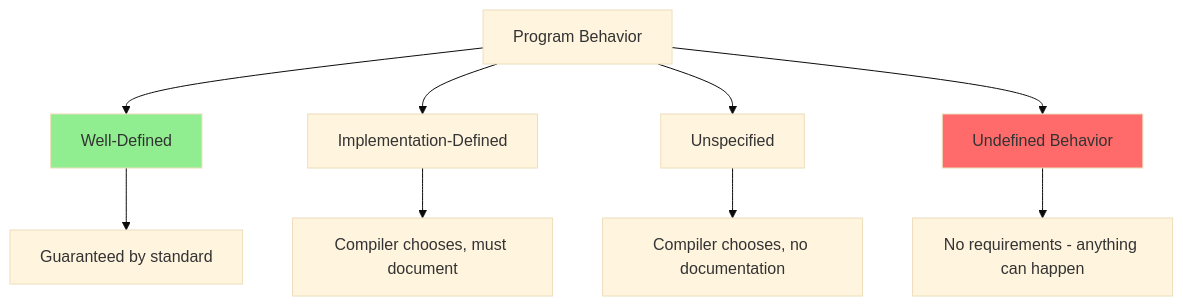
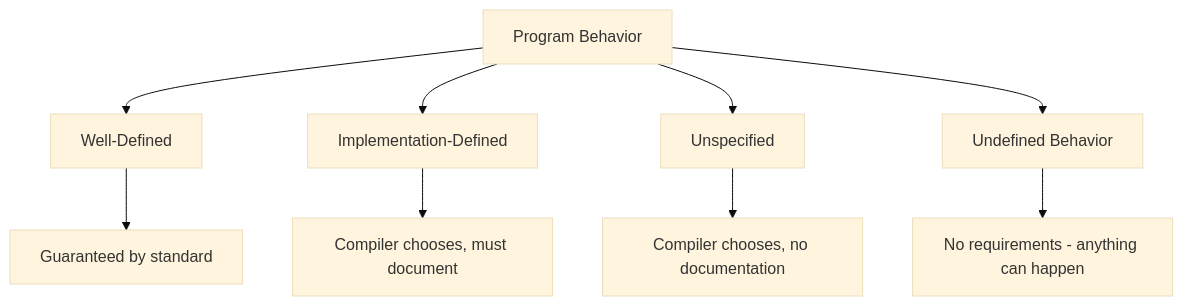
Before and after one commit to AndriiSonsiadlo/knowledge-base: the diagram in docs/programming/cpp/10-error-handling-and-safety/06-undefined-behavior.md, drawn with Mermaid (base theme). The commit also changed 6 other files, not shown here.

Commit message:
style (C++): drop hardcoded mermaid fills in stdlib, concurrency and idioms

````diff
--- a/docs/programming/cpp/10-error-handling-and-safety/06-undefined-behavior.md
+++ b/docs/programming/cpp/10-error-handling-and-safety/06-undefined-behavior.md
@@ -14,15 +14,13 @@
 ```mermaid
 graph TD
     A[Program Behavior] --> B[Well-Defined]
     A --> C[Implementation-Defined]
     A --> D[Unspecified]
     A --> E[Undefined Behavior]
     
     B --> F[Guaranteed by standard]
     C --> G[Compiler chooses, must document]
     D --> H[Compiler chooses, no documentation]
     E --> I[No requirements - anything can happen]
     
-    style E fill:#FF6B6B
-    style B fill:#90EE90
 ```
````
